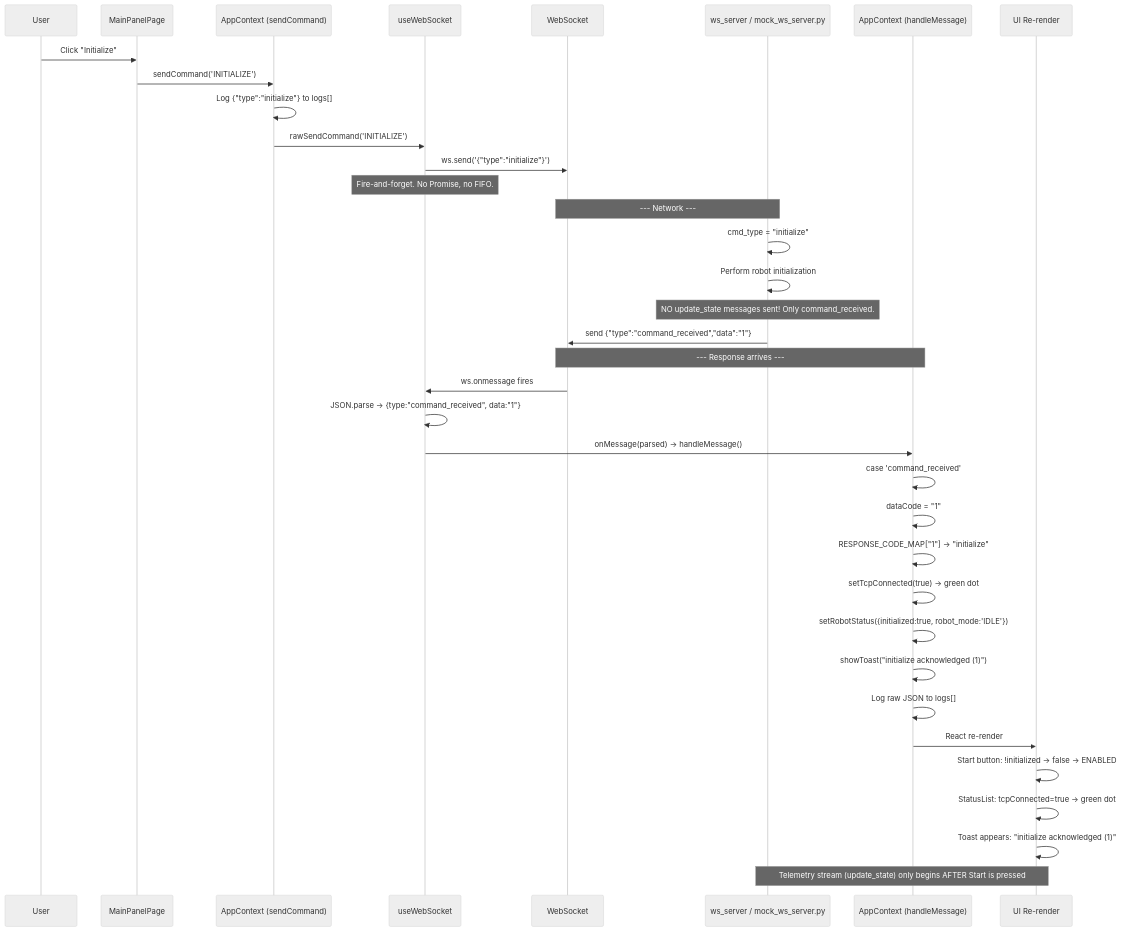
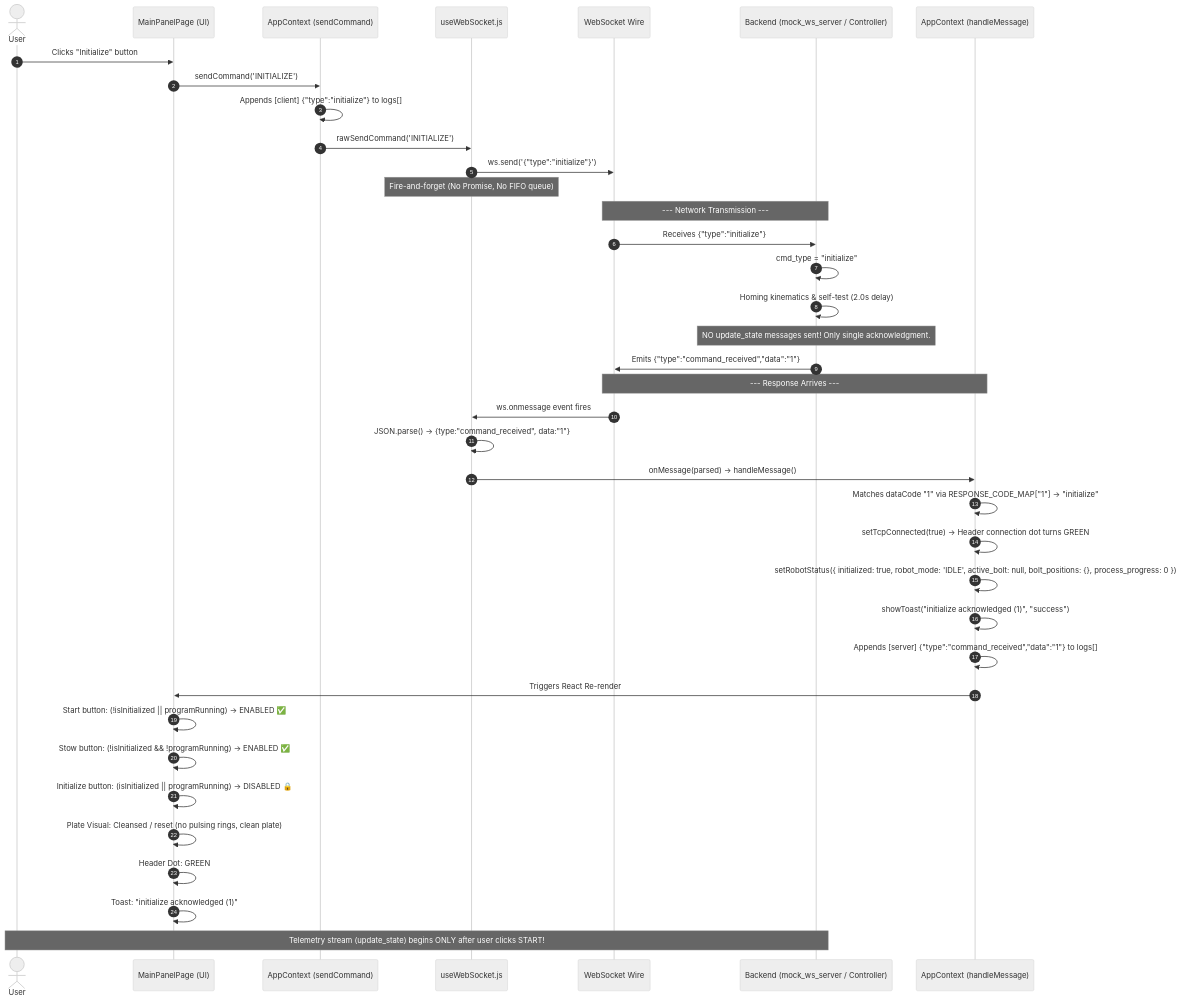
One commit to kchbi/HMIRobot changed the diagram in initialize_flow_diagram.md. Above: the diagram before and after it, drawn with Mermaid (neutral theme). The commit also changed other lines of this file and 8 other files, not shown here.

````diff
--- a/initialize_flow_diagram.md
+++ b/initialize_flow_diagram.md
@@ -5,46 +9,49 @@
 ```mermaid
 sequenceDiagram
-    participant User
-    participant MainPanelPage
+    autonumber
+    actor User
+    participant UI as MainPanelPage (UI)
     participant AppContext as AppContext (sendCommand)
-    participant useWebSocket
-    participant WebSocket
-    participant Backend as ws_server / mock_ws_server.py
-    participant AppContext2 as AppContext (handleMessage)
-    participant UI as UI Re-render
+    participant useWS as useWebSocket.js
+    participant Network as WebSocket Wire
+    participant Backend as Backend (mock_ws_server / Controller)
+    participant Dispatcher as AppContext (handleMessage)
 
-    User->>MainPanelPage: Click "Initialize"
-    MainPanelPage->>AppContext: sendCommand('INITIALIZE')
-    AppContext->>AppContext: Log {"type":"initialize"} to logs[]
-    AppContext->>useWebSocket: rawSendCommand('INITIALIZE')
-    useWebSocket->>WebSocket: ws.send('{"type":"initialize"}')
-    Note over useWebSocket: Fire-and-forget. No Promise, no FIFO.
+    User->>UI: Clicks "Initialize" button
+    UI->>AppContext: sendCommand('INITIALIZE')
+    AppContext->>AppContext: Appends [client] {"type":"initialize"} to logs[]
+    AppContext->>useWS: rawSendCommand('INITIALIZE')
+    useWS->>Network: ws.send('{"type":"initialize"}')
+    Note over useWS: Fire-and-forget (No Promise, No FIFO queue)
 
-    Note over WebSocket,Backend: --- Network ---
+    Note over Network,Backend: --- Network Transmission ---
 
+    Network->>Backend: Receives {"type":"initialize"}
     Backend->>Backend: cmd_type = "initialize"
-    Backend->>Backend: Perform robot initialization
-    Note over Backend: NO update_state messages sent! Only command_received.
-    Backend->>WebSocket: send {"type":"command_received","data":"1"}
+    Backend->>Backend: Homing kinematics & self-test (2.0s delay)
+    Note over Backend: NO update_state messages sent! Only single acknowledgment.
+    Backend->>Network: Emits {"type":"command_received","data":"1"}
 
-    Note over WebSocket,AppContext2: --- Response arrives ---
+    Note over Network,Dispatcher: --- Response Arrives ---
 
-    WebSocket->>useWebSocket: ws.onmessage fires
-    useWebSocket->>useWebSocket: JSON.parse → {type:"command_received", data:"1"}
-    useWebSocket->>AppContext2: onMessage(parsed) → handleMessage()
+    Network->>useWS: ws.onmessage event fires
+    useWS->>useWS: JSON.parse() → {type:"command_received", data:"1"}
+    useWS->>Dispatcher: onMessage(parsed) → handleMessage()
 
-    AppContext2->>AppContext2: case 'command_received'
-    AppContext2->>AppContext2: dataCode = "1"
-    AppContext2->>AppContext2: RESPONSE_CODE_MAP["1"] → "initialize"
-    AppContext2->>AppContext2: setTcpConnected(true) → green dot
-    AppContext2->>AppContext2: setRobotStatus({initialized:true, robot_mode:'IDLE'})
-    AppContext2->>AppContext2: showToast("initialize acknowledged (1)")
-    AppContext2->>AppContext2: Log raw JSON to logs[]
-    AppContext2->>UI: React re-render
+    Dispatcher->>Dispatcher: Matches dataCode "1" via RESPONSE_CODE_MAP["1"] → "initialize"
+    Dispatcher->>Dispatcher: setTcpConnected(true) → Header connection dot turns GREEN
+    Dispatcher->>Dispatcher: setRobotStatus({ initialized: true, robot_mode: 'IDLE', active_bolt: null, bolt_positions: {}, process_progress: 0 })
+    Dispatcher->>Dispatcher: showToast("initialize acknowledged (1)", "success")
+    Dispatcher->>Dispatcher: Appends [server] {"type":"command_received","data":"1"} to logs[]
 
-    UI->>UI: Start button: !initialized → false → ENABLED
-    UI->>UI: StatusList: tcpConnected=true → green dot
-    UI->>UI: Toast appears: "initialize acknowledged (1)"
+    Dispatcher->>UI: Triggers React Re-render
 
-    Note over UI,Backend: Telemetry stream (update_state) only begins AFTER Start is pressed
+    UI->>UI: Start button: (!isInitialized || programRunning) → ENABLED ✅
+    UI->>UI: Stow button: (!isInitialized && !programRunning) → ENABLED ✅
+    UI->>UI: Initialize button: (isInitialized || programRunning) → DISABLED 🔒
+    UI->>UI: Plate Visual: Cleansed / reset (no pulsing rings, clean plate)
+    UI->>UI: Header Dot: GREEN
+    UI->>UI: Toast: "initialize acknowledged (1)"
+
+    Note over User,Backend: Telemetry stream (update_state) begins ONLY after user clicks START!
 ```
````
